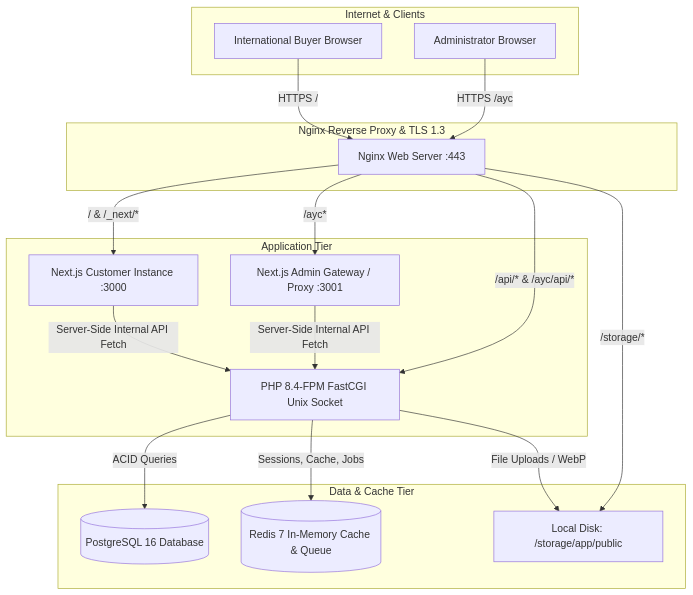
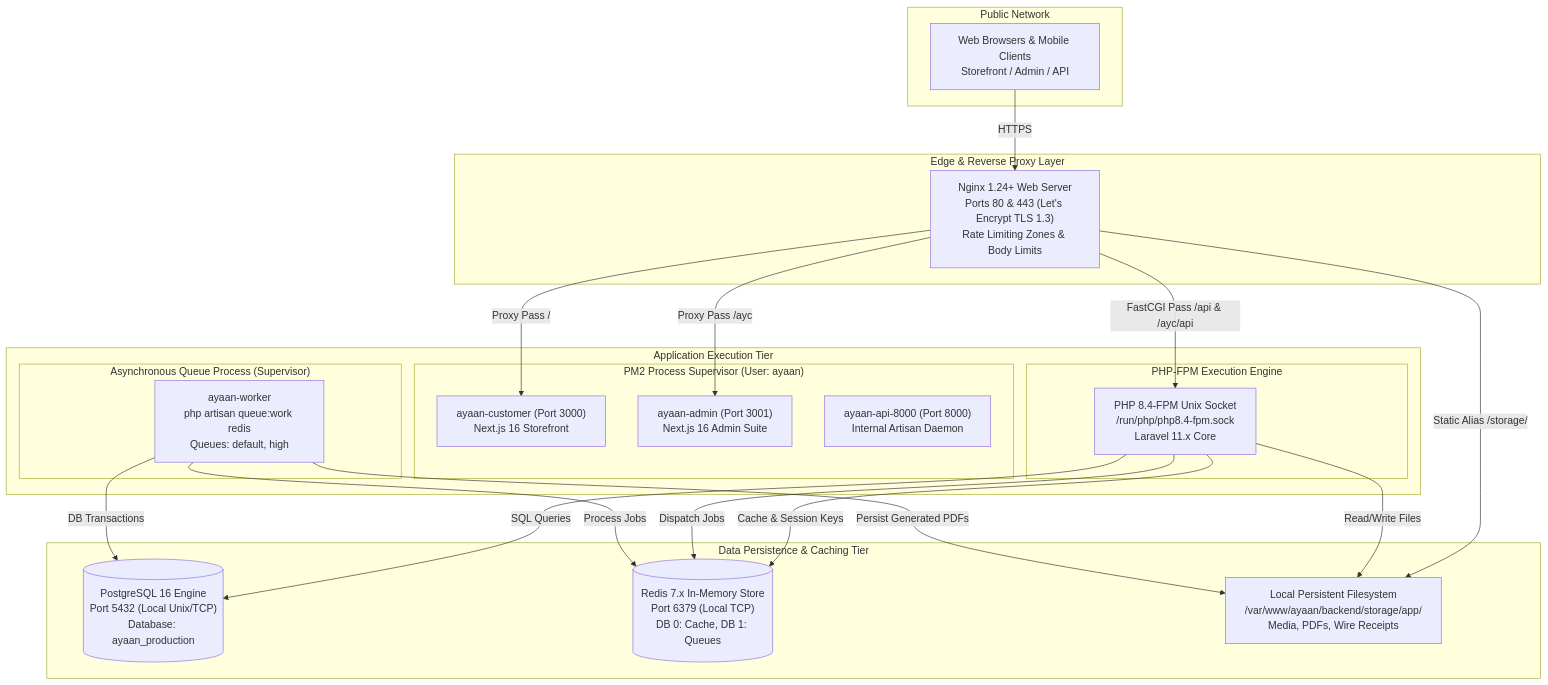
The first of 2 diagrams in docs/ARCHITECTURE.md (labib-0/AYC), drawn with Mermaid before and after one commit. The commit also changed other lines of this file and 42 other files, not shown here.

````diff
--- a/docs/ARCHITECTURE.md
+++ b/docs/ARCHITECTURE.md
@@ -7,38 +14,47 @@
 ```mermaid
-flowchart TD
-    subgraph Internet & Clients
-        ClientStorefront[International Buyer Browser]
-        ClientAdmin[Administrator Browser]
+graph TB
+    subgraph Internet ["Public Network"]
+        Clients["Web Browsers & Mobile Clients<br/>Storefront / Admin / API"]
     end
 
-    subgraph Edge Layer [Nginx Reverse Proxy & TLS 1.3]
-        Nginx[Nginx Web Server :443]
+    subgraph Edge ["Edge & Reverse Proxy Layer"]
+        Nginx["Nginx 1.24+ Web Server<br/>Ports 80 & 443 (Let's Encrypt TLS 1.3)<br/>Rate Limiting Zones & Body Limits"]
     end
 
-    subgraph Application Tier
-        NodeCustomer[Next.js Customer Instance :3000]
-        NodeAdmin[Next.js Admin Gateway / Proxy :3001]
-        PhpFpm[PHP 8.4-FPM FastCGI Unix Socket]
+    subgraph ApplicationLayer ["Application Execution Tier"]
+        subgraph PM2Cluster ["PM2 Process Supervisor (User: ayaan)"]
+            CustNode["ayaan-customer (Port 3000)<br/>Next.js 16 Storefront"]
+            AdminNode["ayaan-admin (Port 3001)<br/>Next.js 16 Admin Suite"]
+            ApiNode["ayaan-api-8000 (Port 8000)<br/>Internal Artisan Daemon"]
+        end
+
+        subgraph PHPCluster ["PHP-FPM Execution Engine"]
+            PHPFPM["PHP 8.4-FPM Unix Socket<br/>/run/php/php8.4-fpm.sock<br/>Laravel 11.x Core"]
+        end
+
+        subgraph AsyncWorkers ["Asynchronous Queue Process (Supervisor)"]
+            Worker["ayaan-worker<br/>php artisan queue:work redis<br/>Queues: default, high"]
+        end
     end
 
-    subgraph Data & Cache Tier
-        Postgres[(PostgreSQL 16 Database)]
-        Redis[(Redis 7 In-Memory Cache & Queue)]
-        DiskStorage[Local Disk: /storage/app/public]
+    subgraph StorageLayer ["Data Persistence & Caching Tier"]
+        Postgres[("PostgreSQL 16 Engine<br/>Port 5432 (Local Unix/TCP)<br/>Database: ayaan_production")]
+        Redis[("Redis 7.x In-Memory Store<br/>Port 6379 (Local TCP)<br/>DB 0: Cache, DB 1: Queues")]
+        DiskStorage["Local Persistent Filesystem<br/>/var/www/ayaan/backend/storage/app/<br/>Media, PDFs, Wire Receipts"]
     end
 
-    ClientStorefront -->|HTTPS /| Nginx
-    ClientAdmin -->|HTTPS /ayc| Nginx
+    Clients -->|HTTPS| Nginx
+    Nginx -->|Proxy Pass /| CustNode
+    Nginx -->|Proxy Pass /ayc| AdminNode
+    Nginx -->|FastCGI Pass /api & /ayc/api| PHPFPM
+    Nginx -->|Static Alias /storage/| DiskStorage
 
-    Nginx -->|/ & /_next/*| NodeCustomer
-    Nginx -->|/ayc*| NodeAdmin
-    Nginx -->|/api/* & /ayc/api/*| PhpFpm
-    Nginx -->|/storage/*| DiskStorage
+    PHPFPM -->|SQL Queries| Postgres
+    PHPFPM -->|Cache & Session Keys| Redis
+    PHPFPM -->|Dispatch Jobs| Redis
+    PHPFPM -->|Read/Write Files| DiskStorage
 
-    NodeCustomer -->|Server-Side Internal API Fetch| PhpFpm
-    NodeAdmin -->|Server-Side Internal API Fetch| PhpFpm
-
-    PhpFpm -->|ACID Queries| Postgres
-    PhpFpm -->|Sessions, Cache, Jobs| Redis
-    PhpFpm -->|File Uploads / WebP| DiskStorage
+    Worker -->|Process Jobs| Redis
+    Worker -->|DB Transactions| Postgres
+    Worker -->|Persist Generated PDFs| DiskStorage
 ```
````
